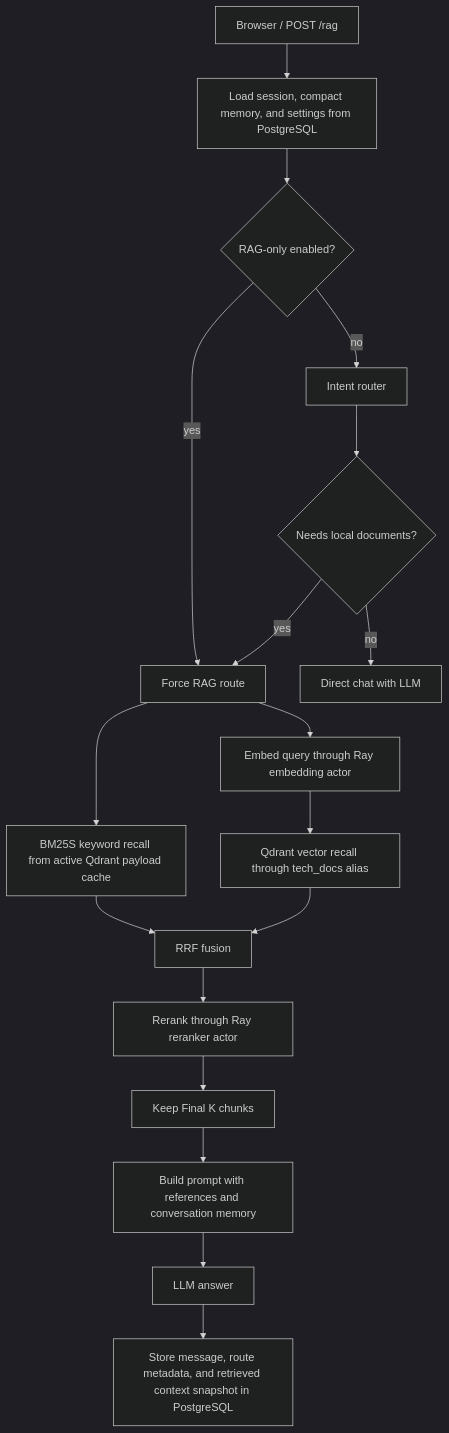
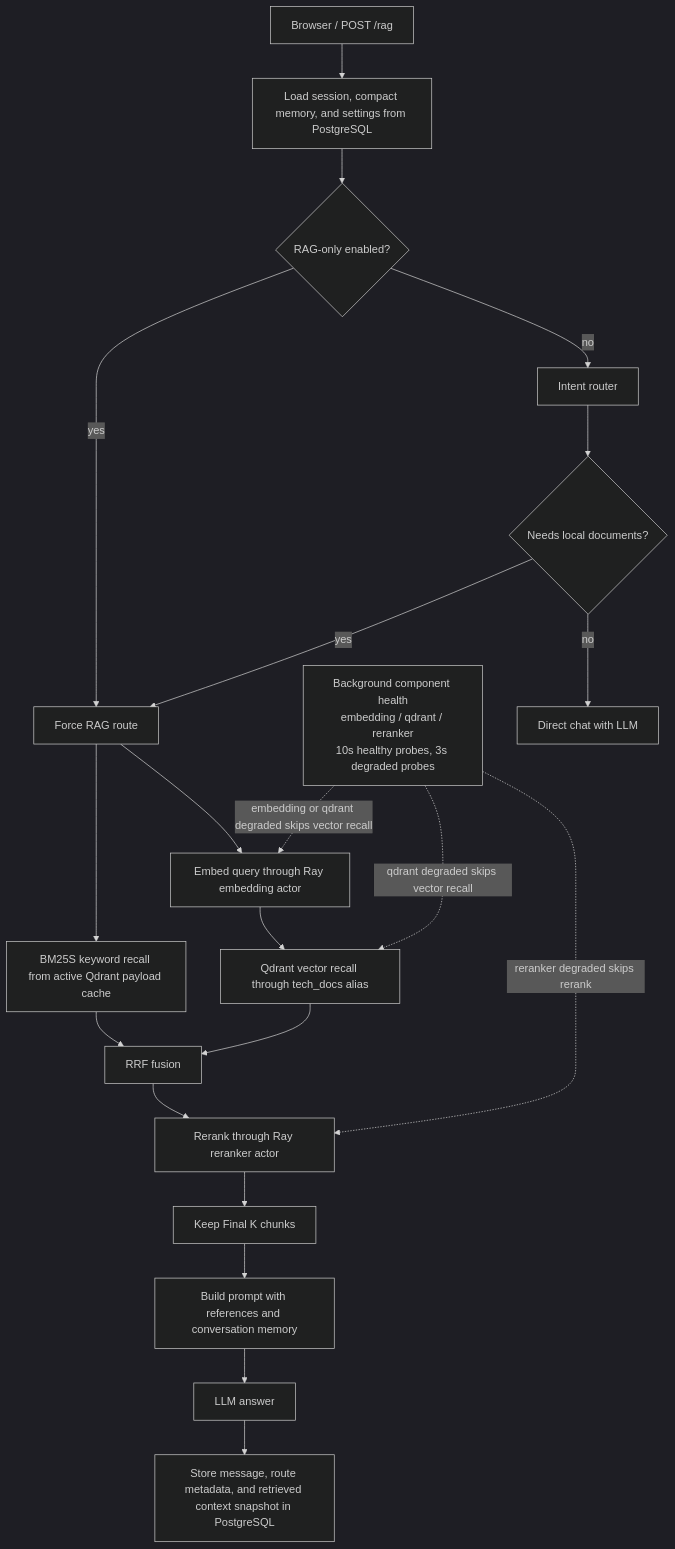
Before and after one commit to XingjiaYang/Knowledge-Base-Assistant: the third of 4 diagrams in readme.md, drawn with Mermaid (dark theme). The commit also changed other lines of this file and 17 other files, not shown here.

````diff
--- a/readme.md
+++ b/readme.md
@@ -642,20 +655,24 @@
 ```mermaid
 flowchart TD
     A["Browser / POST /rag"] --> B["Load session, compact memory, and settings from PostgreSQL"]
+    P["Background component health<br/>embedding / qdrant / reranker<br/>10s healthy probes, 3s degraded probes"]
     B --> C{"RAG-only enabled?"}
     C -- "yes" --> F["Force RAG route"]
     C -- "no" --> D["Intent router"]
     D --> E{"Needs local documents?"}
     E -- "no" --> Z["Direct chat with LLM"]
     E -- "yes" --> F
     F --> G["Embed query through Ray embedding actor"]
     F --> H["BM25S keyword recall from active Qdrant payload cache"]
     G --> I["Qdrant vector recall through tech_docs alias"]
+    P -. "embedding or qdrant degraded skips vector recall" .-> G
+    P -. "qdrant degraded skips vector recall" .-> I
     H --> J["RRF fusion"]
     I --> J
     J --> K["Rerank through Ray reranker actor"]
+    P -. "reranker degraded skips rerank" .-> K
     K --> L["Keep Final K chunks"]
     L --> M["Build prompt with references and conversation memory"]
     M --> N["LLM answer"]
     N --> O["Store message, route metadata, and retrieved context snapshot in PostgreSQL"]
 ```
````
